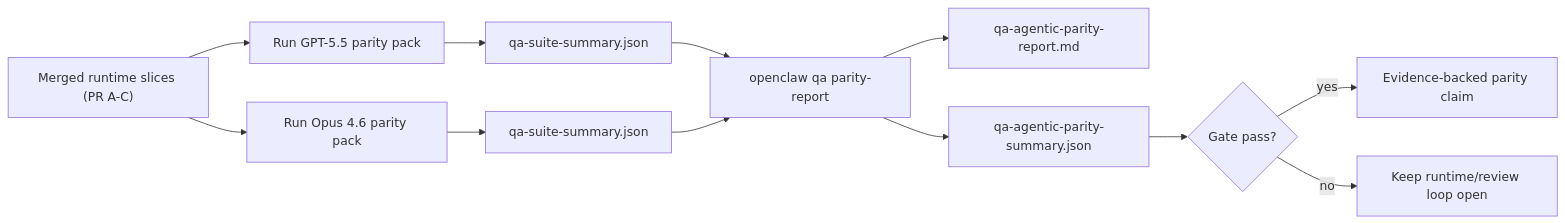
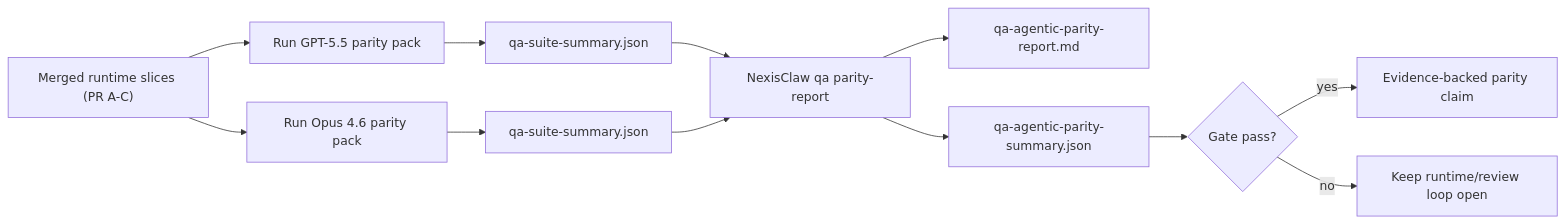
The second of 2 diagrams in docs/help/gpt55-codex-agentic-parity.md (greench-ai/greench-claw), drawn with Mermaid before and after one commit. The commit also changed other lines of this file and 9498 other files, not shown here.

First line of the commit message:
chore: rebrand OpenClaw → NexisClaw

````diff
--- a/docs/help/gpt55-codex-agentic-parity.md
+++ b/docs/help/gpt55-codex-agentic-parity.md
@@ -122,14 +122,14 @@
 ```mermaid
 flowchart LR
     A["Merged runtime slices (PR A-C)"] --> B["Run GPT-5.5 parity pack"]
     A --> C["Run Opus 4.6 parity pack"]
     B --> D["qa-suite-summary.json"]
     C --> E["qa-suite-summary.json"]
-    D --> F["openclaw qa parity-report"]
+    D --> F["NexisClaw qa parity-report"]
     E --> F
     F --> G["qa-agentic-parity-report.md"]
     F --> H["qa-agentic-parity-summary.json"]
     H --> I{"Gate pass?"}
     I -- "yes" --> J["Evidence-backed parity claim"]
     I -- "no" --> K["Keep runtime/review loop open"]
 ```
````
